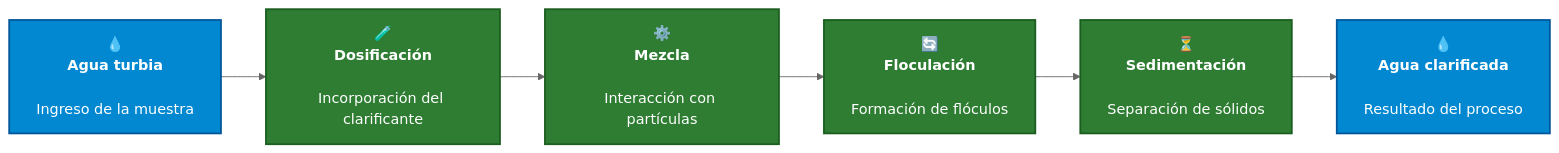
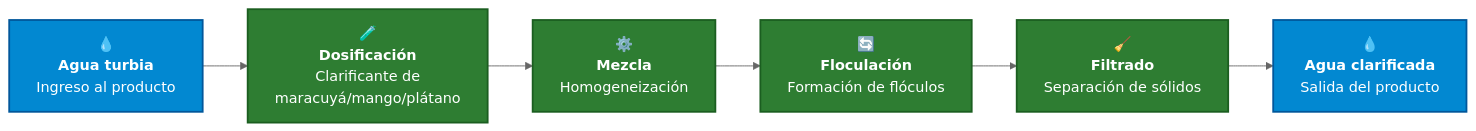
One commit to BeyondNate/PI_Equipo_05 changed the third of 4 diagrams in README.md. Above: the diagram before and after it, drawn with Mermaid (neutral theme). The commit also changed other lines of this file, not shown here.

````diff
--- a/README.md
+++ b/README.md
@@ -251,19 +200,18 @@
 ```mermaid
 flowchart LR
-
-    A["💧<br/><b>Agua turbia</b><br/><br/>Ingreso de la muestra"]
-    B["🧪<br/><b>Dosificación</b><br/><br/>Incorporación del clarificante"]
-    C["⚙️<br/><b>Mezcla</b><br/><br/>Interacción con partículas"]
-    D["🔄<br/><b>Floculación</b><br/><br/>Formación de flóculos"]
-    E["⏳<br/><b>Sedimentación</b><br/><br/>Separación de sólidos"]
-    F["💧<br/><b>Agua clarificada</b><br/><br/>Resultado del proceso"]
-
+    A["💧<br/><b>Agua turbia</b><br/>Ingreso al producto"]
+    B["🧪<br/><b>Dosificación</b><br/>Clarificante de<br/>maracuyá/mango/plátano"]
+    C["⚙️<br/><b>Mezcla</b><br/>Homogeneización"]
+    D["🔄<br/><b>Floculación</b><br/>Formación de flóculos"]
+    E["🧹<br/><b>Filtrado</b><br/>Separación de sólidos"]
+    F["💧<br/><b>Agua clarificada</b><br/>Salida del producto"]
+ 
     A --> B --> C --> D --> E --> F
-
+ 
     classDef water fill:#0288D1,color:#FFFFFF,stroke:#01579B,stroke-width:2px;
     classDef process fill:#2E7D32,color:#FFFFFF,stroke:#1B5E20,stroke-width:2px;
     classDef result fill:#00ACC1,color:#FFFFFF,stroke:#006064,stroke-width:2px;
-
+ 
     class A,F water;
     class B,C,D,E process;
 ```
````
